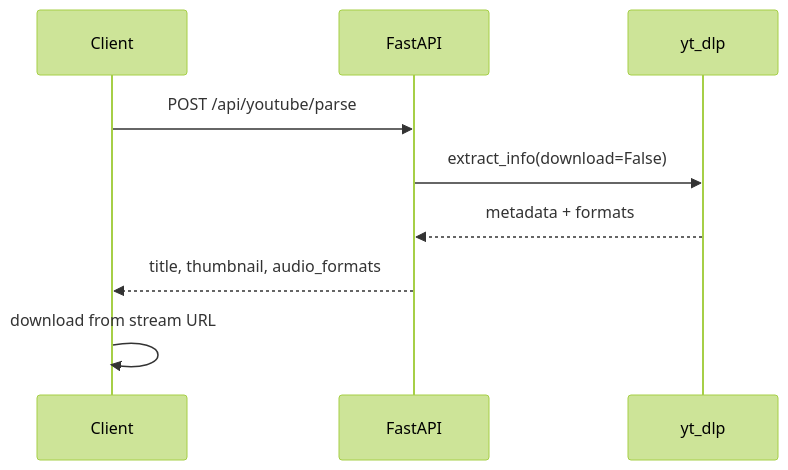
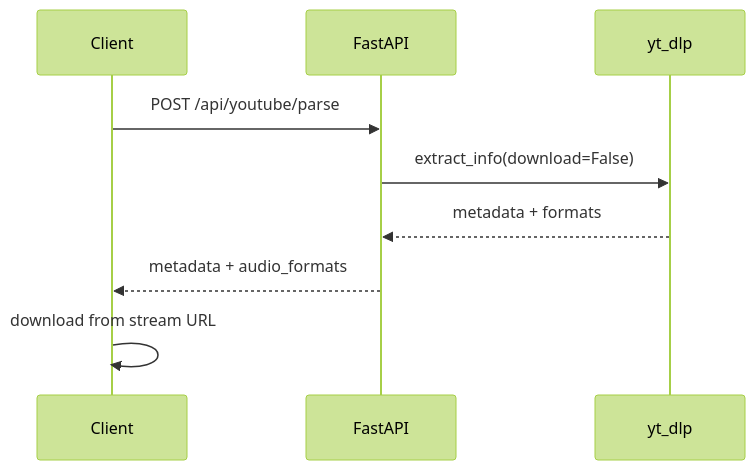
Before and after one commit to proniraj/music-downloader-server: the diagram in README.md, drawn with Mermaid (forest theme). The commit also changed other lines of this file and 2 other files, not shown here.

First line of the commit message:
Enhance YouTube metadata extraction and update README documentation

````diff
--- a/README.md
+++ b/README.md
@@ -196,12 +267,12 @@
 ```mermaid
 sequenceDiagram
     participant App as Client
     participant API as FastAPI
     participant YTDLP as yt_dlp
 
     App->>API: POST /api/youtube/parse
     API->>YTDLP: extract_info(download=False)
     YTDLP-->>API: metadata + formats
-    API-->>App: title, thumbnail, audio_formats
+    API-->>App: metadata + audio_formats
     App->>App: download from stream URL
 ```
````
